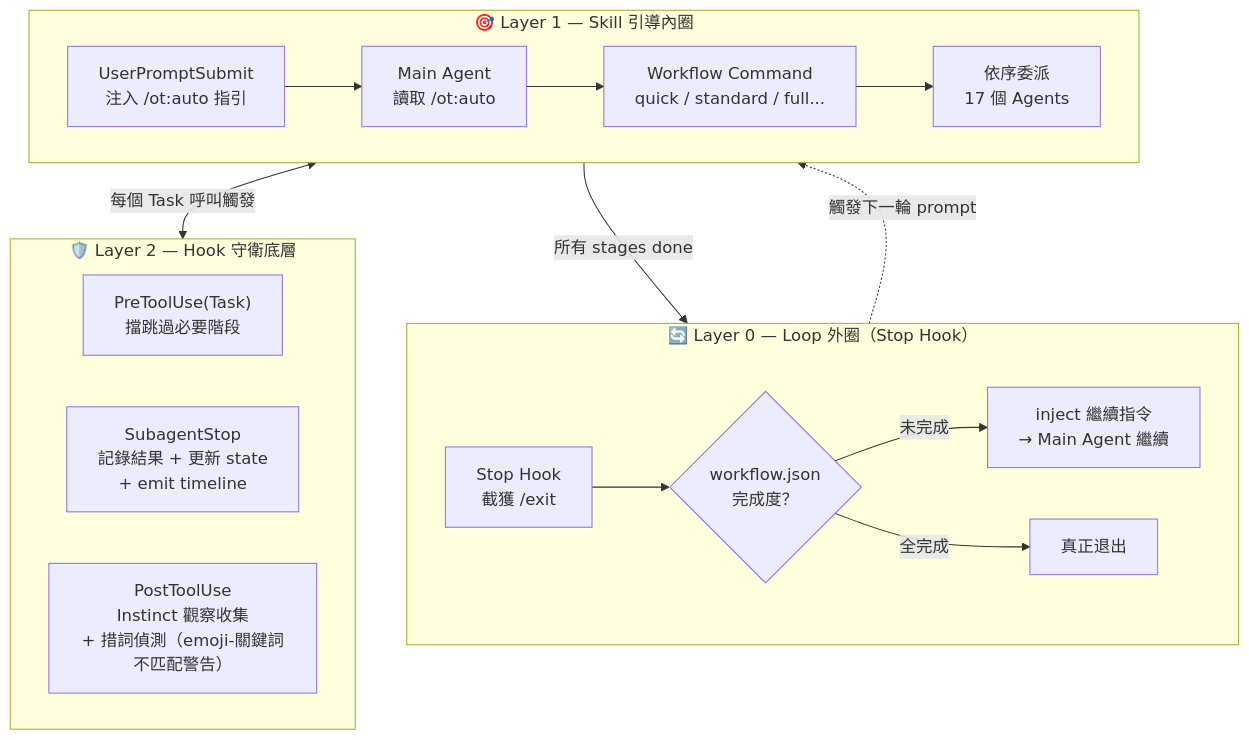
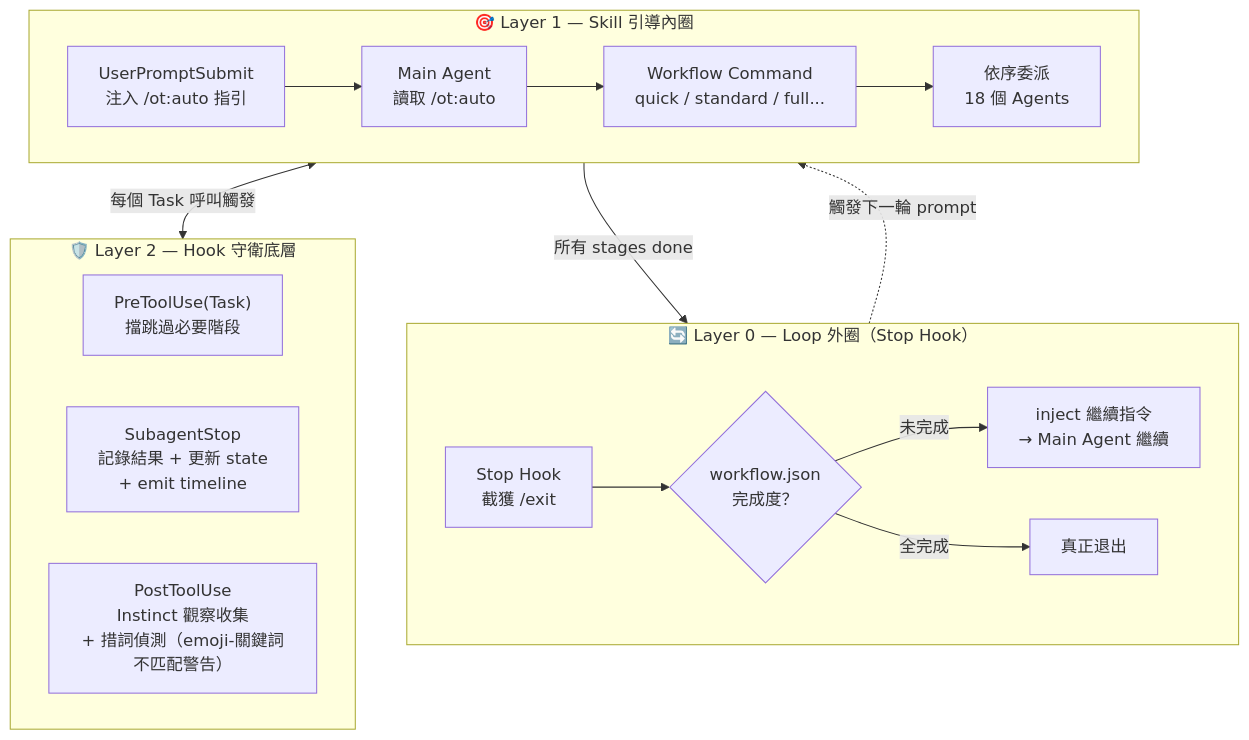
One commit to ryu111/overtone changed the first of 3 diagrams in docs/spec/workflow-diagram.md. Above: the diagram before and after it, drawn with Mermaid. The commit also changed 9 other files, not shown here.

````diff
--- a/docs/spec/workflow-diagram.md
+++ b/docs/spec/workflow-diagram.md
@@ -8,33 +8,33 @@
 ```mermaid
 flowchart TB
     subgraph L0["🔄 Layer 0 — Loop 外圈（Stop Hook）"]
         direction LR
         SH["Stop Hook\n截獲 /exit"]
         WC{"workflow.json\n完成度？"}
         CONT["inject 繼續指令\n→ Main Agent 繼續"]
         EXIT["真正退出"]
         SH --> WC
         WC -- "未完成" --> CONT
         WC -- "全完成" --> EXIT
     end
 
     subgraph L1["🎯 Layer 1 — Skill 引導內圈"]
         direction LR
         US["UserPromptSubmit\n注入 /ot:auto 指引"]
         MA["Main Agent\n讀取 /ot:auto"]
         WF["Workflow Command\nquick / standard / full..."]
-        AG["依序委派\n17 個 Agents"]
+        AG["依序委派\n18 個 Agents"]
         US --> MA --> WF --> AG
     end
 
     subgraph L2["🛡️ Layer 2 — Hook 守衛底層"]
         direction LR
         PT["PreToolUse(Task)\n擋跳過必要階段"]
         SS["SubagentStop\n記錄結果 + 更新 state\n+ emit timeline"]
         PO["PostToolUse\nInstinct 觀察收集\n+ 措詞偵測（emoji-關鍵詞不匹配警告）"]
     end
 
     CONT -.->|"觸發下一輪 prompt"| L1
     L1 <-->|"每個 Task 呼叫觸發"| L2
     L1 -->|"所有 stages done"| L0
 ```
````
